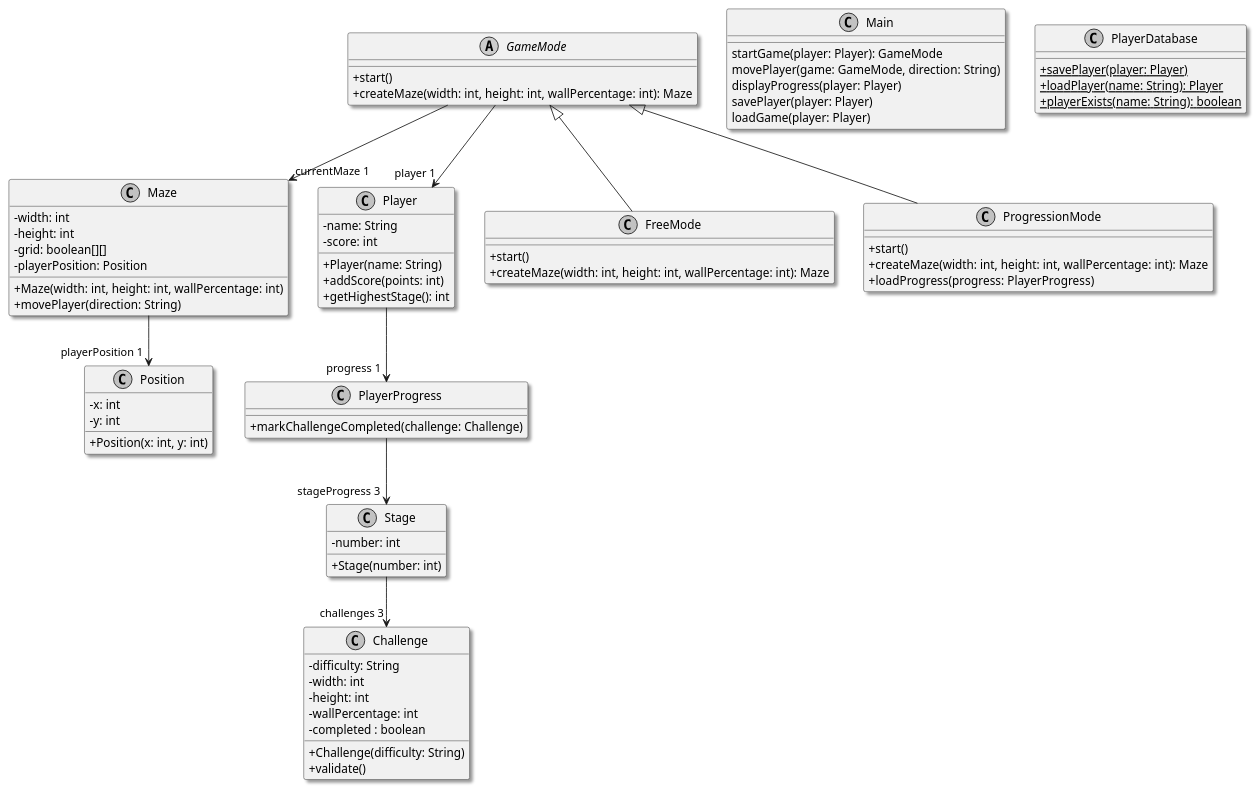
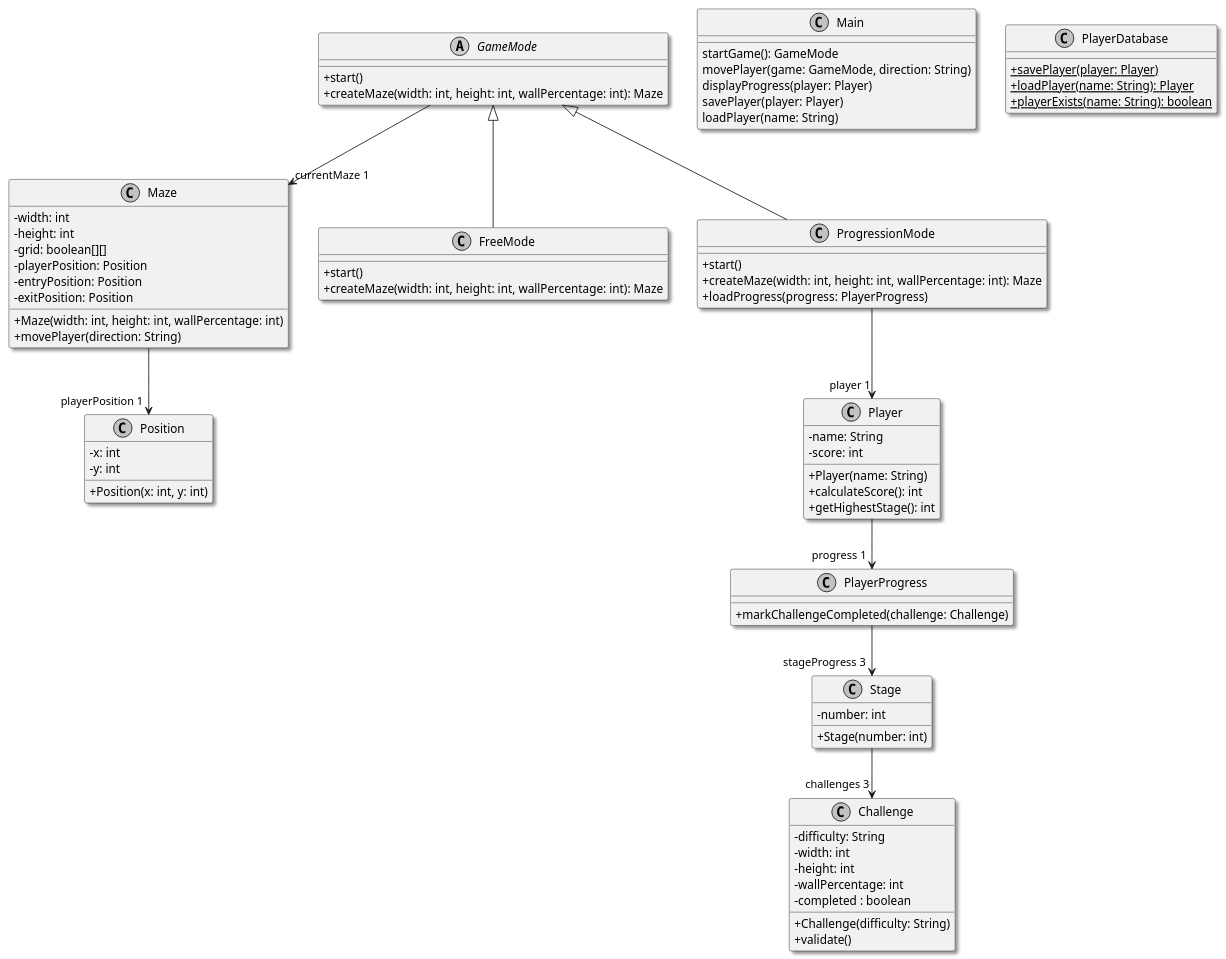
One commit to blavogiez/developpement-modulab-Semestre3 changed the diagram in rapports/analyse/reflexion3.puml. Above: the diagram before and after it, drawn with PlantUML.

Commit message:
fix(puml): push aussi l'uml, erreur de dir

```diff
--- a/rapports/analyse/reflexion3.puml
+++ b/rapports/analyse/reflexion3.puml
@@ -1,91 +1,89 @@
 @startuml
 skinparam monochrome true
 skinparam shadowing true
 skinparam classAttributeIconSize 0
-
 class Maze {
   - width: int
   - height: int
   - grid: boolean[][]
   - playerPosition: Position
+  - entryPosition: Position
+  - exitPosition: Position
   + Maze(width: int, height: int, wallPercentage: int)
   + movePlayer(direction: String)
 }
 
 class Player {
   - name: String
   - score: int
   + Player(name: String)
-  + addScore(points: int)
+  + calculateScore(): int
   + getHighestStage(): int
 }
 
 class PlayerProgress {
   + markChallengeCompleted(challenge: Challenge)
 }
 
 class Position {
   - x: int
   - y: int
   + Position(x: int, y: int)
 }
 
 abstract class GameMode {
   + start()
   + createMaze(width: int, height: int, wallPercentage: int): Maze
 }
 
 class FreeMode {
   + start()
   + createMaze(width: int, height: int, wallPercentage: int): Maze
 }
 
 class ProgressionMode {
   + start()
   + createMaze(width: int, height: int, wallPercentage: int): Maze
   + loadProgress(progress: PlayerProgress)
 }
 
 class Stage {
   - number: int
   + Stage(number: int)
 }
 
 class Challenge {
   - difficulty: String
   - width: int
   - height: int
   - wallPercentage: int
   - completed : boolean
   + Challenge(difficulty: String)
   + validate()
 }
 
 class Main {
-  startGame(player: Player): GameMode
+  startGame(): GameMode
   movePlayer(game: GameMode, direction: String)
   displayProgress(player: Player)
   savePlayer(player: Player)
-  loadGame(player: Player)
-  
+  loadPlayer(name: String)
+ 
   'displayProgress(player: Player)'
 }
 
 class PlayerDatabase {
   {static} + savePlayer(player: Player)
   {static} + loadPlayer(name: String): Player
   {static} + playerExists(name: String): boolean
 }
 
 Maze --> "playerPosition 1" Position
-
-GameMode --> "player 1" Player
 GameMode --> "currentMaze 1" Maze
-
 GameMode <|-- FreeMode
 GameMode <|-- ProgressionMode
+ProgressionMode --> "player 1" Player
 Stage --> "challenges 3" Challenge
-
 Player --> "progress 1" PlayerProgress
-PlayerProgress --> "stageProgress 3" Stage 
+PlayerProgress --> "stageProgress 3" Stage
 @enduml
```
